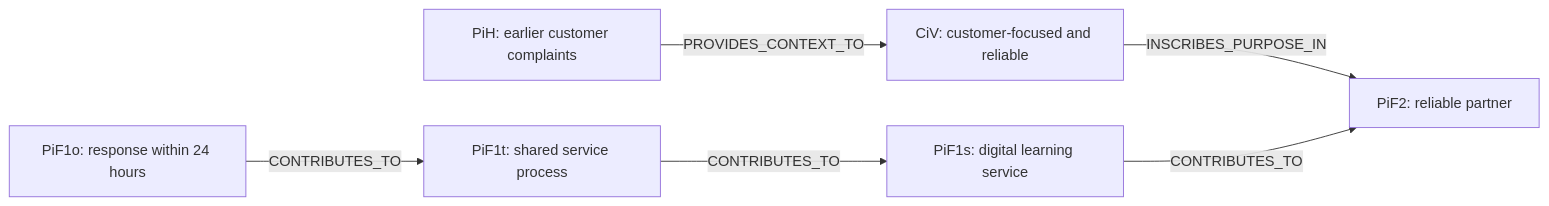
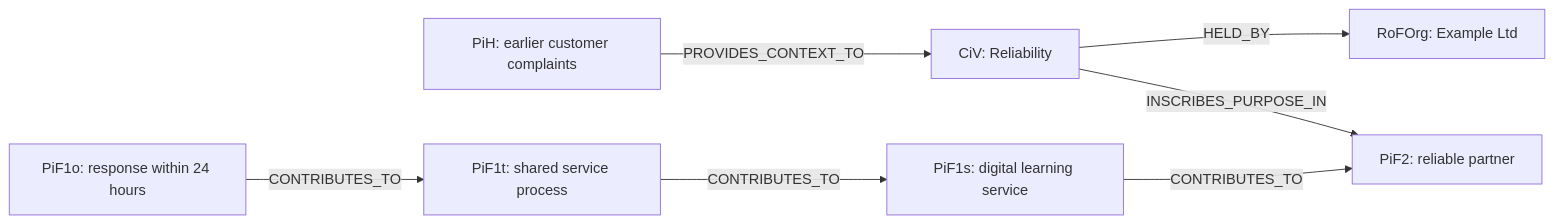
One commit to eeimicke/junaco-jci-loop changed the first of 12 diagrams in docs/en/guides/JCI_EXAMPLE.md. Above: the diagram before and after it, drawn with Mermaid. The commit also changed other lines of this file and 43 other files, not shown here.

````diff
--- a/docs/en/guides/JCI_EXAMPLE.md
+++ b/docs/en/guides/JCI_EXAMPLE.md
@@ -29,8 +29,9 @@
 ```mermaid
 flowchart LR
-    History[PiH: earlier customer complaints] -->|PROVIDES_CONTEXT_TO| Values[CiV: customer-focused and reliable]
-    Values -->|INSCRIBES_PURPOSE_IN| LongTerm[PiF2: reliable partner]
+    History[PiH: earlier customer complaints] -->|PROVIDES_CONTEXT_TO| Value[CiV: Reliability]
+    Value -->|HELD_BY| Org[RoFOrg: Example Ltd]
+    Value -->|INSCRIBES_PURPOSE_IN| LongTerm[PiF2: reliable partner]
     Strategic[PiF1s: digital learning service] -->|CONTRIBUTES_TO| LongTerm
     Tactical[PiF1t: shared service process] -->|CONTRIBUTES_TO| Strategic
     Operational[PiF1o: response within 24 hours] -->|CONTRIBUTES_TO| Tactical
 ```
````
